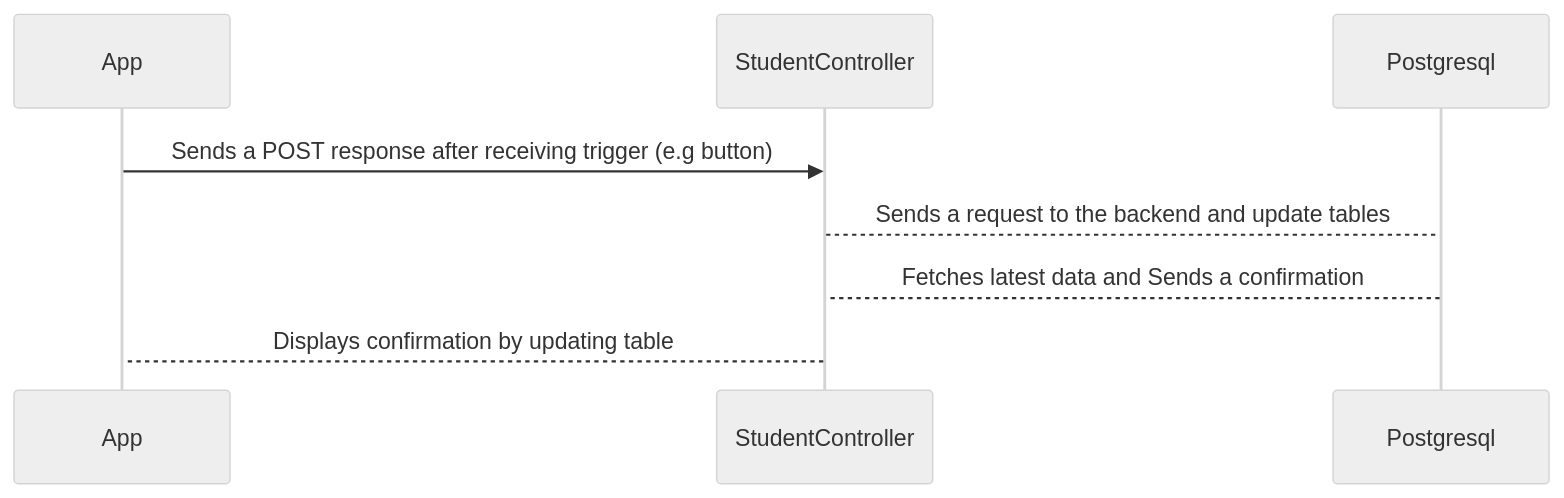
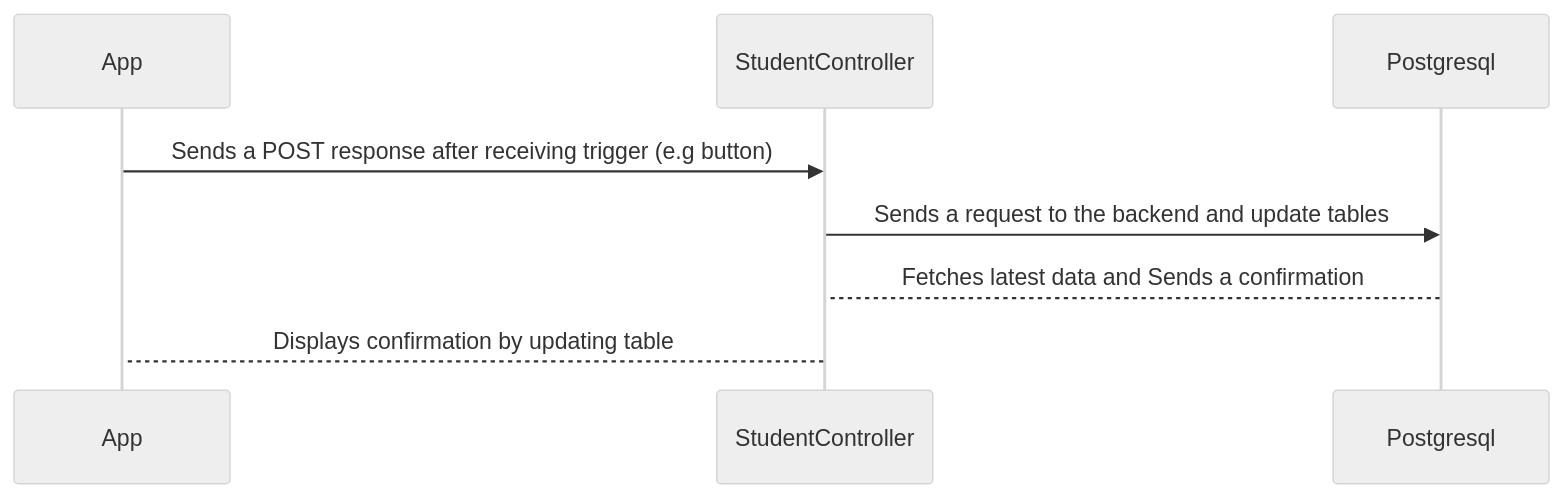
The second of 2 diagrams in documentation/guides/full-connection.md (kxs-codes/zalk), drawn with Mermaid (neutral theme) before and after one commit.

Commit message:
fixed syntax error

````diff
--- a/documentation/guides/full-connection.md
+++ b/documentation/guides/full-connection.md
@@ -44,12 +44,12 @@
 ```mermaid
 sequenceDiagram
     participant App
     participant StudentController
     participant Postgresql
     
    App ->> StudentController: Sends a POST response after receiving trigger (e.g button)
-   StudentController --> Postgresql: Sends a request to the backend and update tables
+   StudentController ->> Postgresql: Sends a request to the backend and update tables
    Postgresql --> StudentController: Fetches latest data and Sends a confirmation
    StudentController --> App: Displays confirmation by updating table 
     
 ```
````
